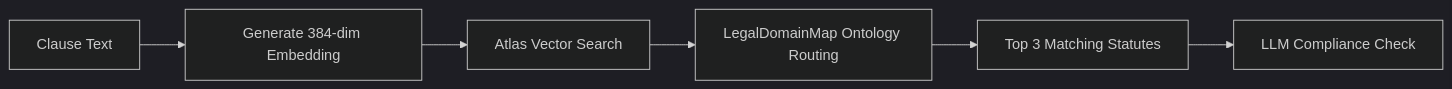
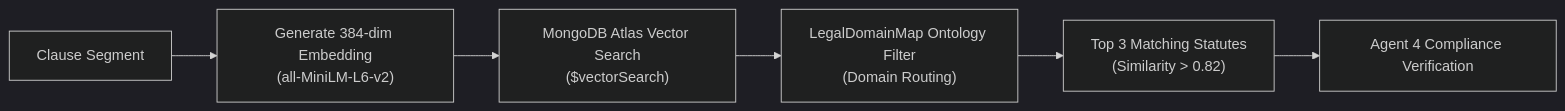
The third of 3 diagrams in README.md (Aditya2514/LexGuard), drawn with Mermaid (dark theme) before and after one commit. The commit also changed other lines of this file, not shown here.

Commit message:
docs: update README with modern UI showcase, architecture, and agent pipeline

````diff
--- a/README.md
+++ b/README.md
@@ -104,8 +254,8 @@
 ```mermaid
 graph LR
-    CT["Clause Text"] --> EMB["Generate 384-dim Embedding"]
-    EMB --> VS["Atlas Vector Search"]
-    VS --> Filter["LegalDomainMap Ontology Routing"]
-    Filter --> Top3["Top 3 Matching Statutes"]
-    Top3 --> LLM["LLM Compliance Check"]
+    CT["Clause Segment"] --> EMB["Generate 384-dim Embedding\n(all-MiniLM-L6-v2)"]
+    EMB --> Atlas["MongoDB Atlas Vector Search\n($vectorSearch)"]
+    Atlas --> Filter["LegalDomainMap Ontology Filter\n(Domain Routing)"]
+    Filter --> Match["Top 3 Matching Statutes\n(Similarity > 0.82)"]
+    Match --> Agent4["Agent 4 Compliance Verification"]
 ```
````
